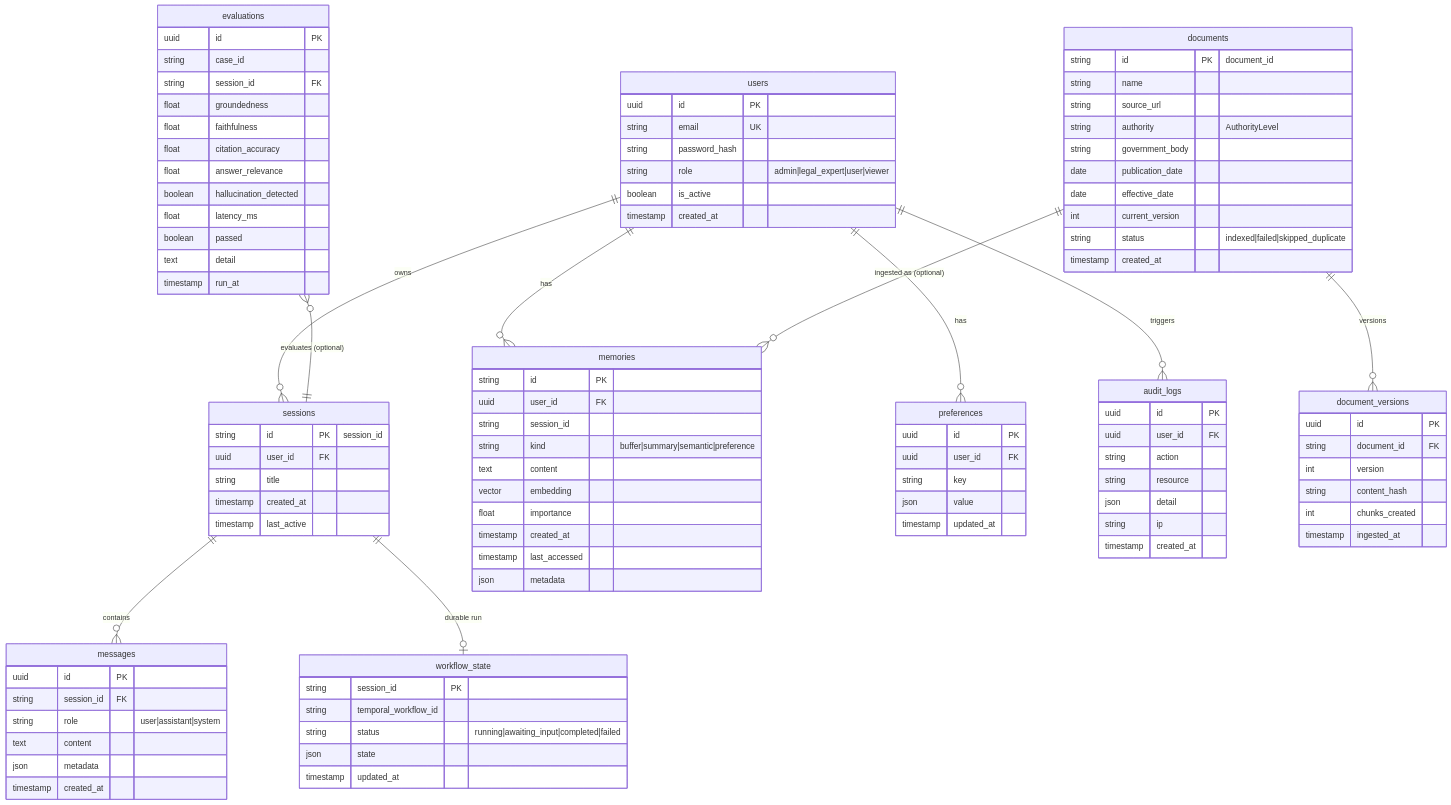
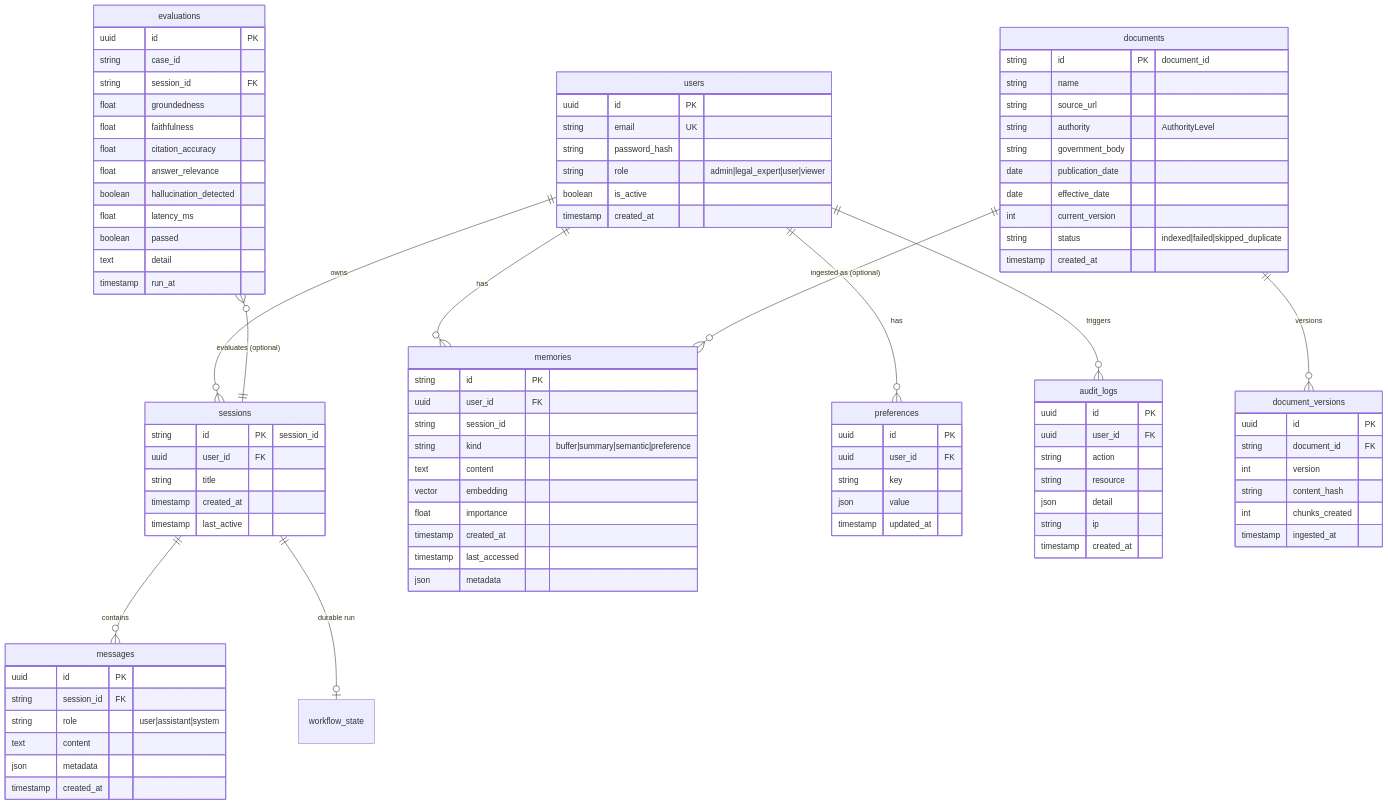
One commit to sanaaloute/La-loi-dit changed the diagram in docs/database.md. Above: the diagram before and after it, drawn with Mermaid. The commit also changed other lines of this file and 25 other files, not shown here.

````diff
--- a/docs/database.md
+++ b/docs/database.md
@@ -118,12 +118,4 @@
         string ip
         timestamp created_at
     }
-
-    workflow_state {
-        string session_id PK
-        string temporal_workflow_id
-        string status "running|awaiting_input|completed|failed"
-        json state
-        timestamp updated_at
-    }
 ```
````
